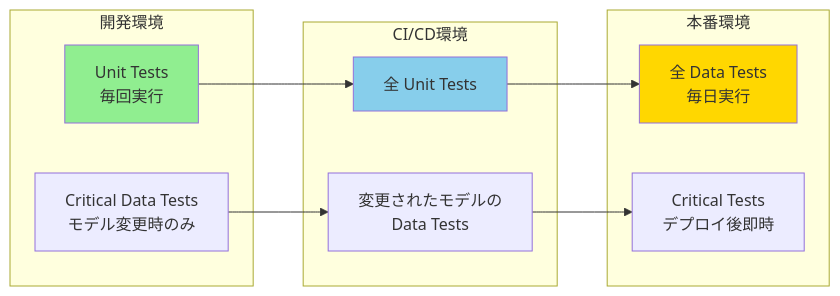
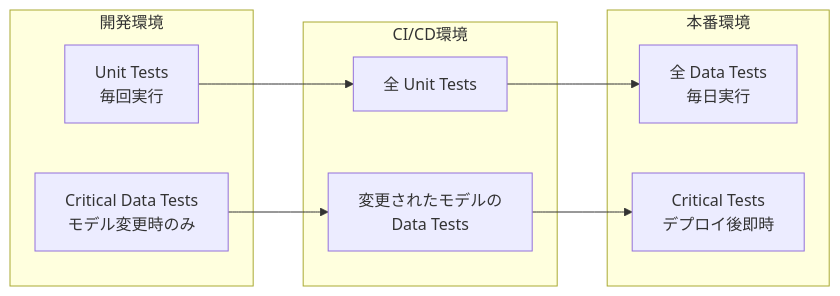
The sixth of 8 diagrams in content/Tech/dbt/categories/testing-config.md (1210yuichi0/1210yuichi0.github.io), drawn with Mermaid before and after one commit. The commit also changed other lines of this file and 22 other files, not shown here.

First line of the commit message:
style: remove Mermaid style directives for dark mode compatibility

````diff
--- a/content/Tech/dbt/categories/testing-config.md
+++ b/content/Tech/dbt/categories/testing-config.md
@@ -1129,26 +1110,23 @@
 ```mermaid
 flowchart LR
     subgraph "開発環境"
         Dev1[Unit Tests<br/>毎回実行]
         Dev2[Critical Data Tests<br/>モデル変更時のみ]
     end
 
     subgraph "CI/CD環境"
         CI1[全 Unit Tests]
         CI2[変更されたモデルの<br/>Data Tests]
     end
 
     subgraph "本番環境"
         Prod1[全 Data Tests<br/>毎日実行]
         Prod2[Critical Tests<br/>デプロイ後即時]
     end
 
     Dev1 --> CI1
     Dev2 --> CI2
     CI1 --> Prod1
     CI2 --> Prod2
 
-    style Dev1 fill:#90EE90
-    style CI1 fill:#87CEEB
-    style Prod1 fill:#FFD700
 ```
````
